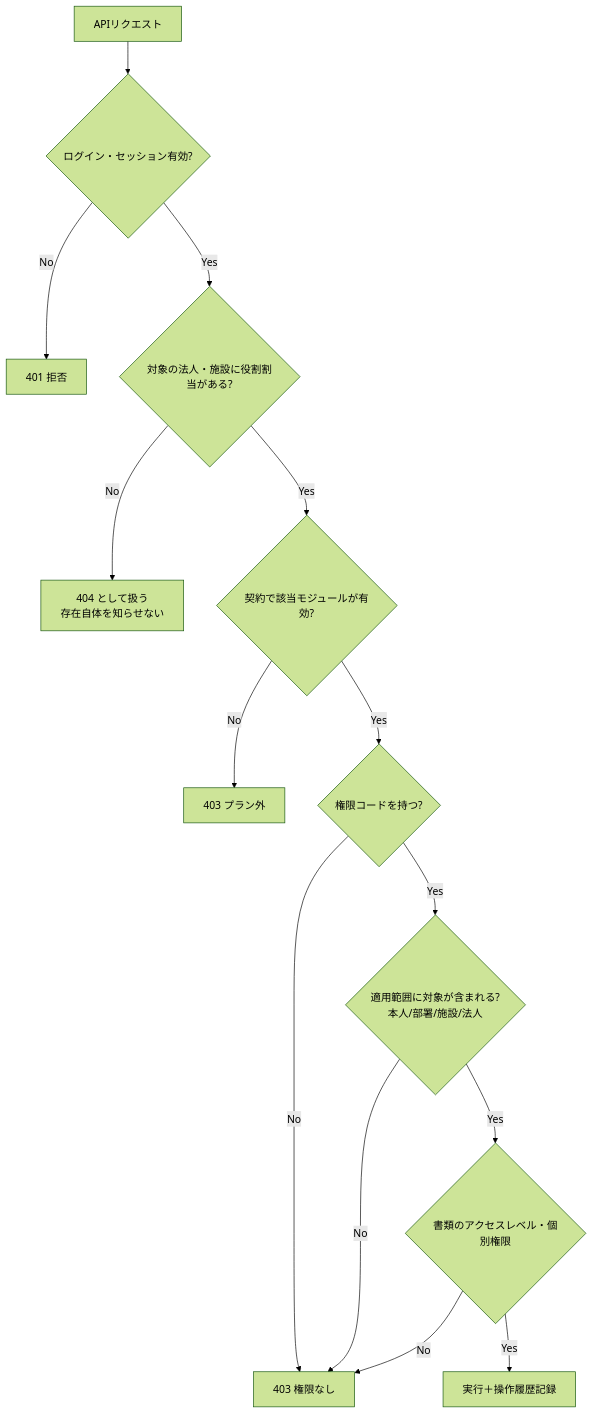
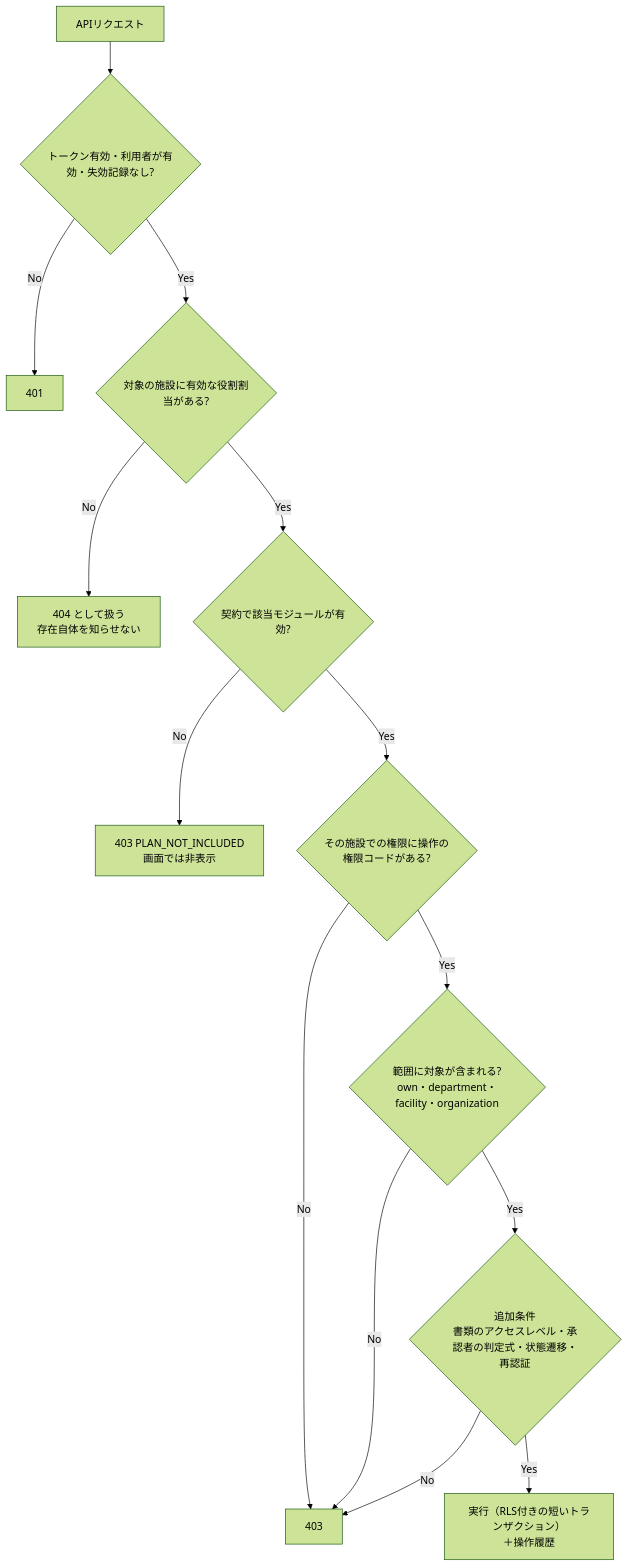
The diagram in ai-facility-partner/docs/architecture/permission-design.md (mao726/company), drawn with Mermaid (forest theme) before and after one commit. The commit also changed other lines of this file and 22 other files, not shown here.

````diff
--- a/ai-facility-partner/docs/architecture/permission-design.md
+++ b/ai-facility-partner/docs/architecture/permission-design.md
@@ -99,16 +216,16 @@
 ```mermaid
 flowchart TD
-  R[APIリクエスト] --> A{ログイン・セッション有効?}
-  A -- No --> X1[401 拒否]
-  A -- Yes --> B{対象の法人・施設に役割割当がある?}
+  R[APIリクエスト] --> A{トークン有効・利用者が有効・失効記録なし?}
+  A -- No --> X1[401]
+  A -- Yes --> B{対象の施設に有効な役割割当がある?}
   B -- No --> X2[404 として扱う<br/>存在自体を知らせない]
   B -- Yes --> C{契約で該当モジュールが有効?}
-  C -- No --> X3[403 プラン外]
-  C -- Yes --> D{権限コードを持つ?}
-  D -- No --> X4[403 権限なし]
-  D -- Yes --> E{適用範囲に対象が含まれる?<br/>本人/部署/施設/法人}
+  C -- No --> X3[403 PLAN_NOT_INCLUDED<br/>画面では非表示]
+  C -- Yes --> D{その施設での権限に操作の権限コードがある?}
+  D -- No --> X4[403]
+  D -- Yes --> E{範囲に対象が含まれる?<br/>own・department・facility・organization}
   E -- No --> X4
-  E -- Yes --> F{書類のアクセスレベル・個別権限}
+  E -- Yes --> F{追加条件<br/>書類のアクセスレベル・承認者の判定式・状態遷移・再認証}
   F -- No --> X4
-  F -- Yes --> OK[実行＋操作履歴記録]
+  F -- Yes --> OK[実行（RLS付きの短いトランザクション）<br/>＋操作履歴]
 ```
````
